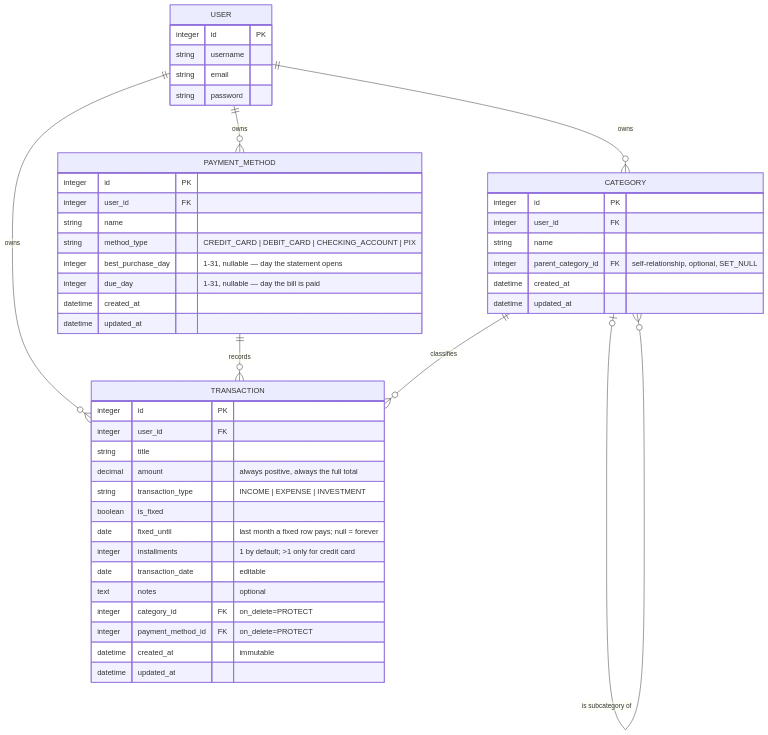
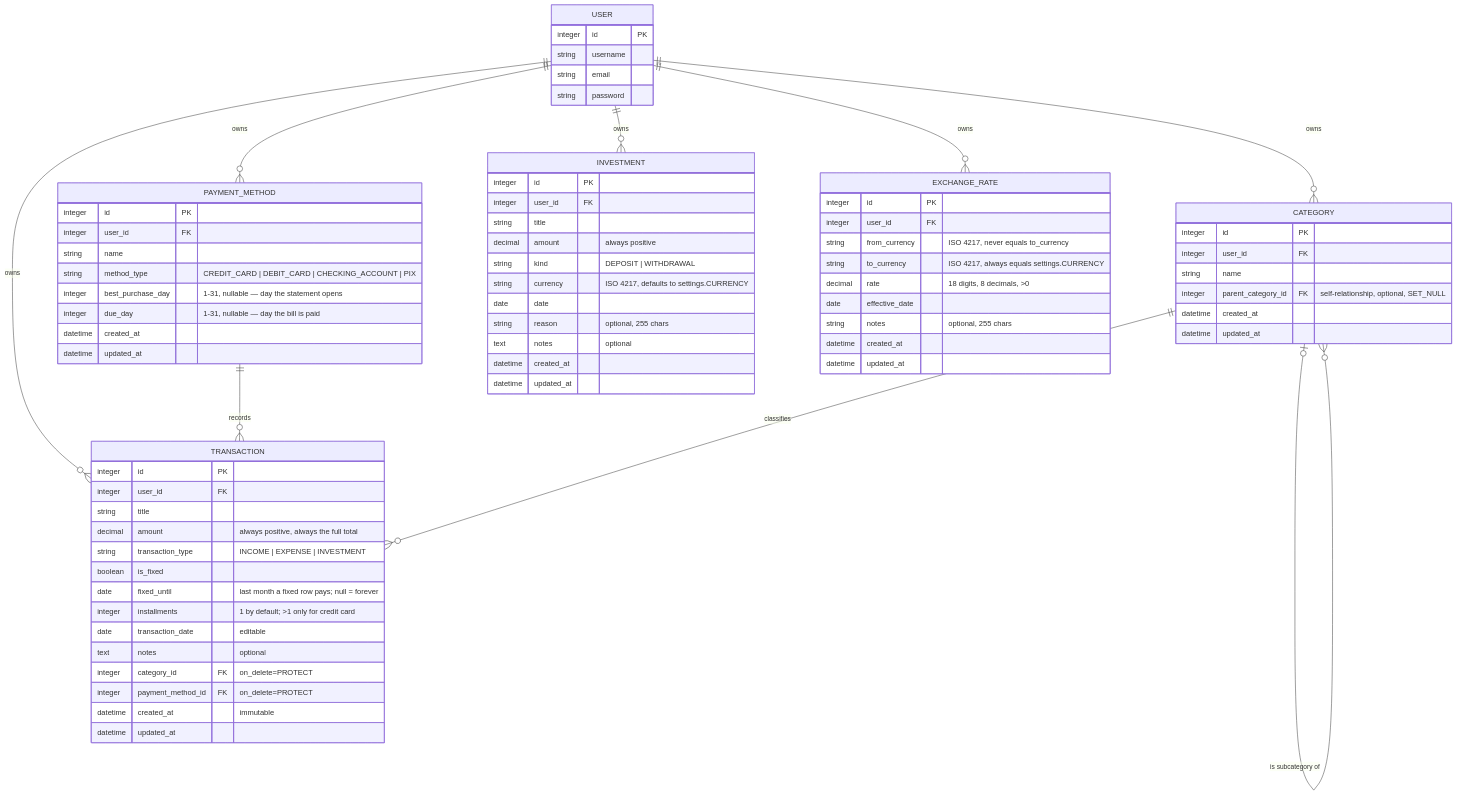
One commit to HenriqueMayer/TuxedoFinance changed the diagram in docs/data-model.md. Above: the diagram before and after it, drawn with Mermaid. The commit also changed other lines of this file and 5 other files, not shown here.

````diff
--- a/docs/data-model.md
+++ b/docs/data-model.md
@@ -7,53 +7,81 @@
 ```mermaid
 erDiagram
     USER ||--o{ TRANSACTION : "owns"
     USER ||--o{ CATEGORY : "owns"
     USER ||--o{ PAYMENT_METHOD : "owns"
+    USER ||--o{ INVESTMENT : "owns"
+    USER ||--o{ EXCHANGE_RATE : "owns"
     PAYMENT_METHOD ||--o{ TRANSACTION : "records"
     CATEGORY ||--o{ TRANSACTION : "classifies"
     CATEGORY |o--o{ CATEGORY : "is subcategory of"
 
     USER {
         integer id PK
         string username
         string email
         string password
     }
 
     TRANSACTION {
         integer id PK
         integer user_id FK
         string title
         decimal amount "always positive, always the full total"
         string transaction_type "INCOME | EXPENSE | INVESTMENT"
         boolean is_fixed
         date fixed_until "last month a fixed row pays; null = forever"
         integer installments "1 by default; >1 only for credit card"
         date transaction_date "editable"
         text notes "optional"
         integer category_id FK "on_delete=PROTECT"
         integer payment_method_id FK "on_delete=PROTECT"
         datetime created_at "immutable"
         datetime updated_at
     }
 
     PAYMENT_METHOD {
         integer id PK
         integer user_id FK
         string name
         string method_type "CREDIT_CARD | DEBIT_CARD | CHECKING_ACCOUNT | PIX"
         integer best_purchase_day "1-31, nullable — day the statement opens"
         integer due_day "1-31, nullable — day the bill is paid"
         datetime created_at
         datetime updated_at
     }
 
     CATEGORY {
         integer id PK
         integer user_id FK
         string name
         integer parent_category_id FK "self-relationship, optional, SET_NULL"
         datetime created_at
         datetime updated_at
     }
+
+    INVESTMENT {
+        integer id PK
+        integer user_id FK
+        string title
+        decimal amount "always positive"
+        string kind "DEPOSIT | WITHDRAWAL"
+        string currency "ISO 4217, defaults to settings.CURRENCY"
+        date date
+        string reason "optional, 255 chars"
+        text notes "optional"
+        datetime created_at
+        datetime updated_at
+    }
+
+    EXCHANGE_RATE {
+        integer id PK
+        integer user_id FK
+        string from_currency "ISO 4217, never equals to_currency"
+        string to_currency "ISO 4217, always equals settings.CURRENCY"
+        decimal rate "18 digits, 8 decimals, >0"
+        date effective_date
+        string notes "optional, 255 chars"
+        datetime created_at
+        datetime updated_at
+    }
 ```
````
